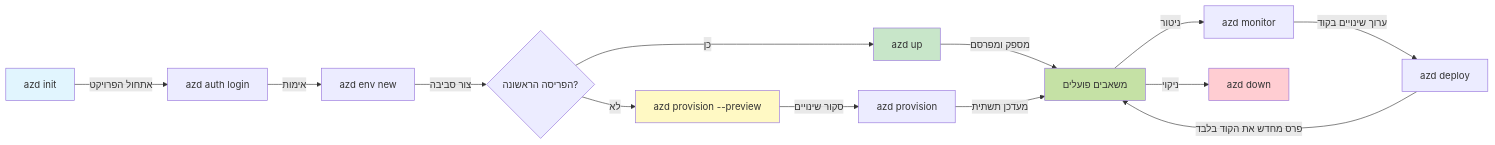
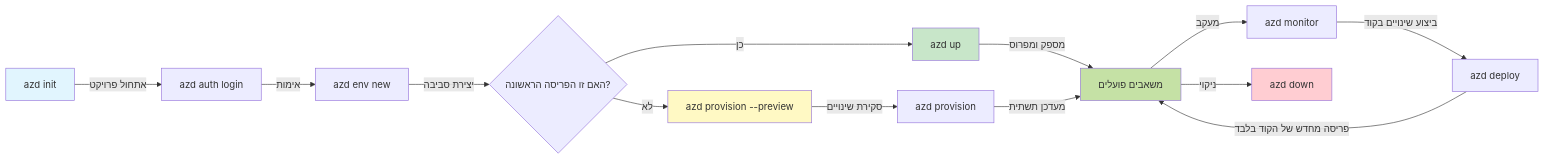
Before and after one commit to microsoft/AZD-for-beginners: the first of 2 diagrams in translations/he/docs/chapter-01-foundation/azd-basics.md, drawn with Mermaid. The commit also changed other lines of this file and 104 other files, not shown here.

````diff
--- a/translations/he/docs/chapter-01-foundation/azd-basics.md
+++ b/translations/he/docs/chapter-01-foundation/azd-basics.md
@@ -269,21 +269,21 @@
 ```mermaid
 graph LR
-    A[azd init] -->|אתחול הפרויקט| B[azd auth login]
+    A[azd init] -->|אתחול פרויקט| B[azd auth login]
     B -->|אימות| C[azd env new]
-    C -->|צור סביבה| D{הפריסה הראשונה?}
+    C -->|יצירת סביבה| D{האם זו הפריסה הראשונה?}
     D -->|כן| E[azd up]
     D -->|לא| F[azd provision --preview]
-    F -->|סקור שינויים| G[azd provision]
-    E -->|מספק ומפרסם| H[משאבים פועלים]
+    F -->|סקירת שינויים| G[azd provision]
+    E -->|מספק ומפרוס| H[משאבים פועלים]
     G -->|מעדכן תשתית| H
-    H -->|ניטור| I[azd monitor]
-    I -->|ערוך שינויים בקוד| J[azd deploy]
-    J -->|פרס מחדש את הקוד בלבד| H
+    H -->|מעקב| I[azd monitor]
+    I -->|ביצוע שינויים בקוד| J[azd deploy]
+    J -->|פריסה מחדש של הקוד בלבד| H
     H -->|ניקוי| K[azd down]
     
     style A fill:#e1f5fe
     style E fill:#c8e6c9
     style F fill:#fff9c4
     style H fill:#c5e1a5
     style K fill:#ffcdd2
-```  
+```
````
